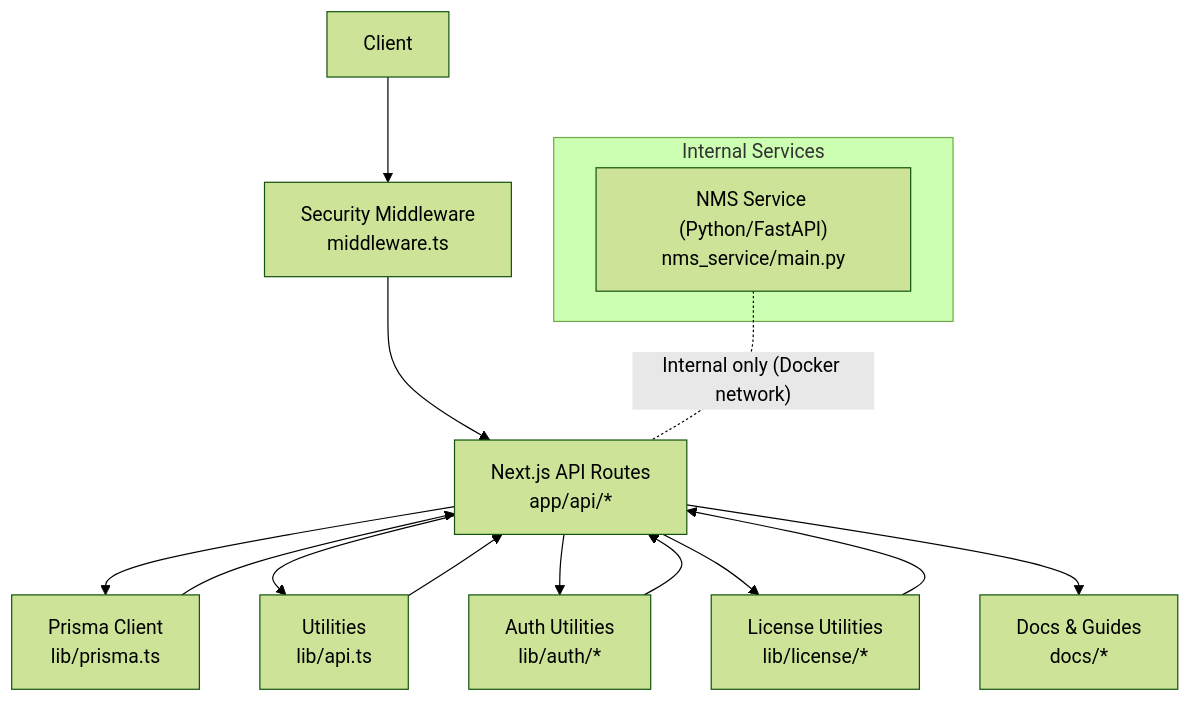
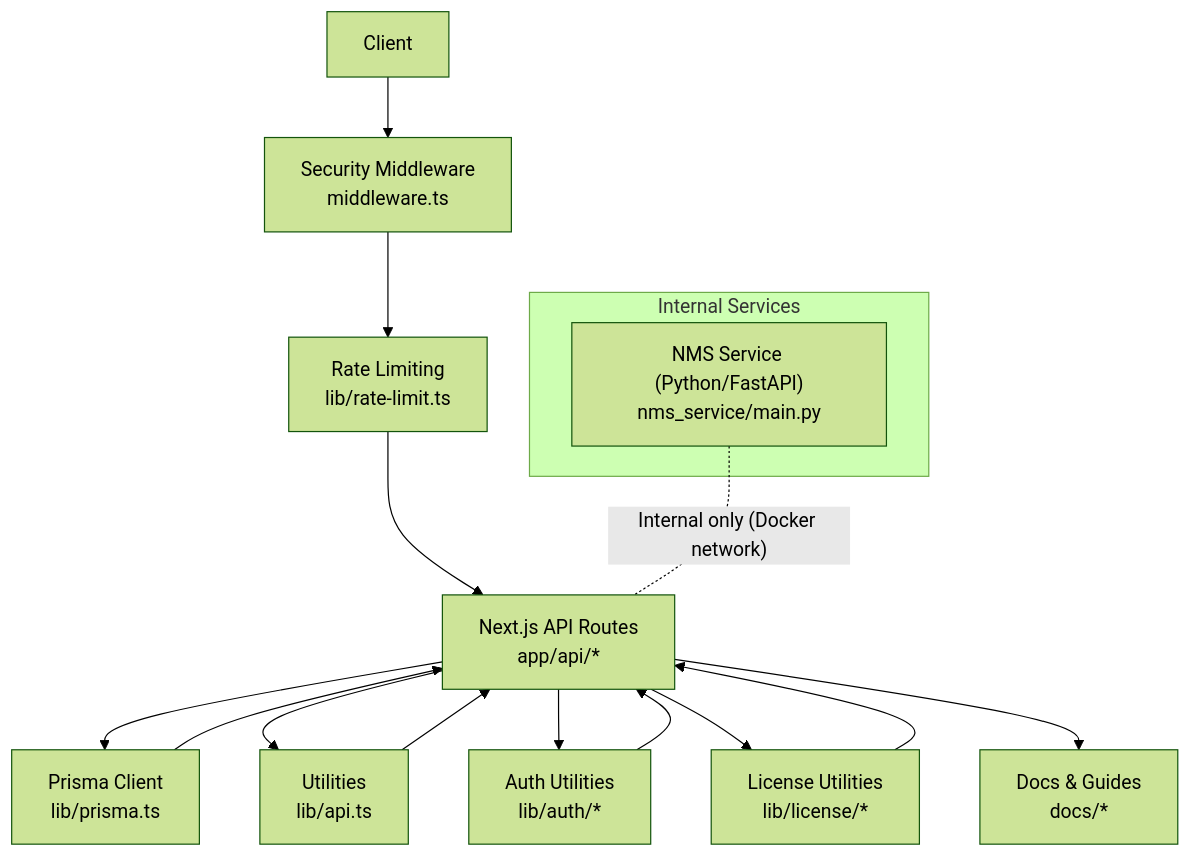
The first of 3 diagrams in .qoder/repowiki/en/content/API Endpoints & Services/API Endpoints & Services.md (celebigilfatih/infrascope), drawn with Mermaid (forest theme) before and after one commit. The commit also changed other lines of this file and 13 other files, not shown here.

````diff
--- a/.qoder/repowiki/en/content/API Endpoints & Services/API Endpoints & Services.md
+++ b/.qoder/repowiki/en/content/API Endpoints & Services/API Endpoints & Services.md
@@ -96,18 +95,19 @@
 ```mermaid
 graph TB
 Client["Client"] --> Middleware["Security Middleware<br/>middleware.ts"]
-Middleware --> PublicAPI["Next.js API Routes<br/>app/api/*"]
+Middleware --> RateLimit["Rate Limiting<br/>lib/rate-limit.ts"]
+RateLimit --> PublicAPI["Next.js API Routes<br/>app/api/*"]
 PublicAPI --> Prisma["Prisma Client<br/>lib/prisma.ts"]
 PublicAPI --> Utils["Utilities<br/>lib/api.ts"]
 PublicAPI --> Auth["Auth Utilities<br/>lib/auth/*"]
 PublicAPI --> License["License Utilities<br/>lib/license/*"]
 PublicAPI --> Docs["Docs & Guides<br/>docs/*"]
 subgraph "Internal Services"
 NMS["NMS Service (Python/FastAPI)<br/>nms_service/main.py"]
 end
 Utils --> PublicAPI
 Prisma --> PublicAPI
 Auth --> PublicAPI
 License --> PublicAPI
 NMS -. "Internal only (Docker network)" .- PublicAPI
 ```
````
